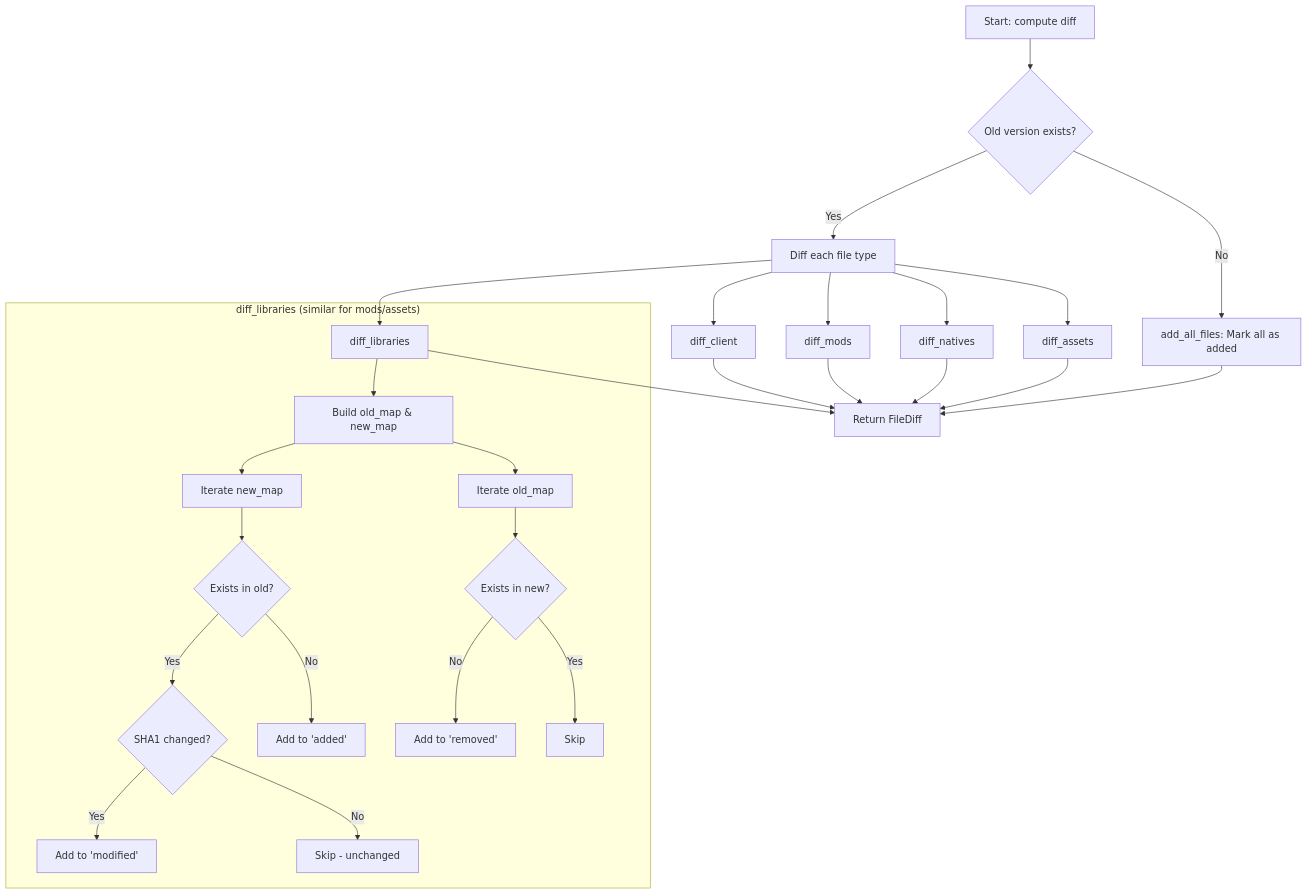
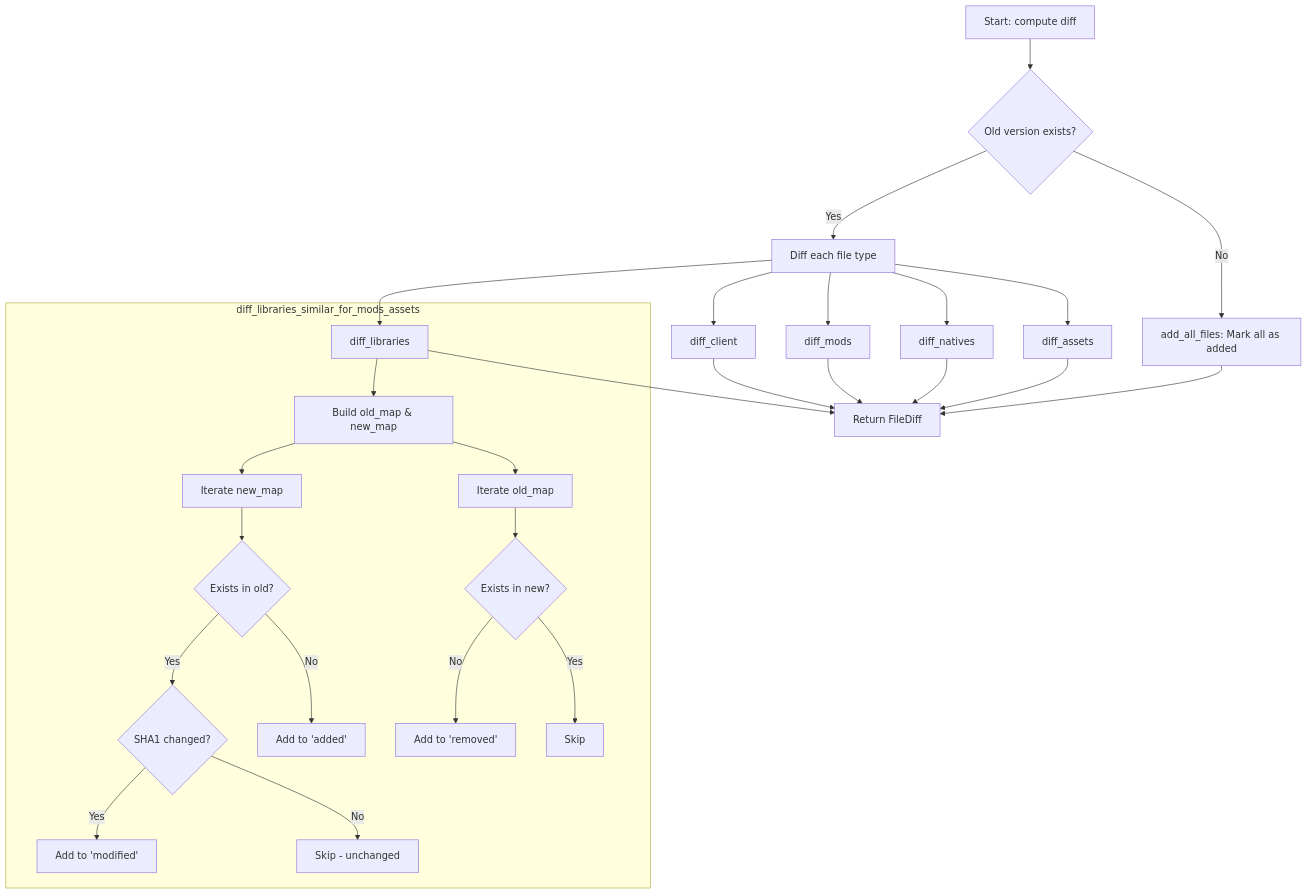
One commit to Lighty-Launcher/LightyUpdater changed the fourth of 9 diagrams in crates/cache/docs/flow.md. Above: the diagram before and after it, drawn with Mermaid. The commit also changed other lines of this file and 31 other files, not shown here.

Commit message:
edit mermaid in docs

````diff
--- a/crates/cache/docs/flow.md
+++ b/crates/cache/docs/flow.md
@@ -148,34 +148,34 @@
 ```mermaid
-flowchart TD
+graph TD
     Start[Start: compute diff] --> CheckOld{Old version exists?}
 
     CheckOld -->|No| AddAll[add_all_files: Mark all as added]
     CheckOld -->|Yes| DiffTypes[Diff each file type]
 
     DiffTypes --> DiffClient[diff_client]
     DiffTypes --> DiffLibs[diff_libraries]
     DiffTypes --> DiffMods[diff_mods]
     DiffTypes --> DiffNatives[diff_natives]
     DiffTypes --> DiffAssets[diff_assets]
 
-    subgraph "diff_libraries (similar for mods/assets)"
+    subgraph diff_libraries_similar_for_mods_assets
         DiffLibs --> BuildMaps[Build old_map & new_map]
         BuildMaps --> IterNew[Iterate new_map]
         IterNew --> InOld{Exists in old?}
         InOld -->|Yes| CheckSHA1{SHA1 changed?}
         InOld -->|No| AddToAdded[Add to 'added']
         CheckSHA1 -->|Yes| AddToModified[Add to 'modified']
         CheckSHA1 -->|No| Skip[Skip - unchanged]
         BuildMaps --> IterOld[Iterate old_map]
         IterOld --> InNew{Exists in new?}
         InNew -->|No| AddToRemoved[Add to 'removed']
         InNew -->|Yes| SkipOld[Skip]
     end
 
     DiffClient --> Return[Return FileDiff]
     DiffLibs --> Return
     DiffMods --> Return
     DiffNatives --> Return
     DiffAssets --> Return
     AddAll --> Return
 ```
````
